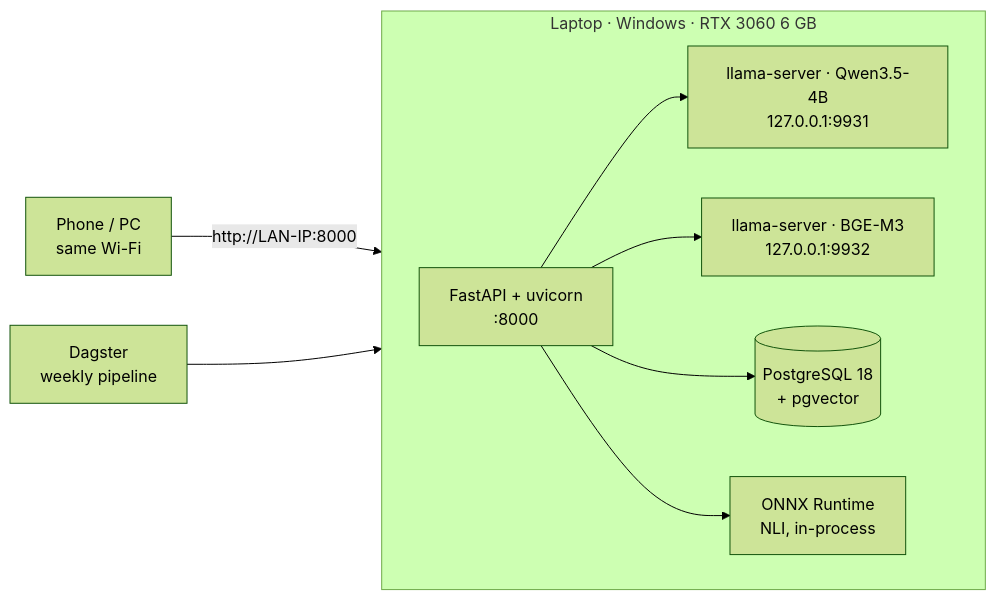
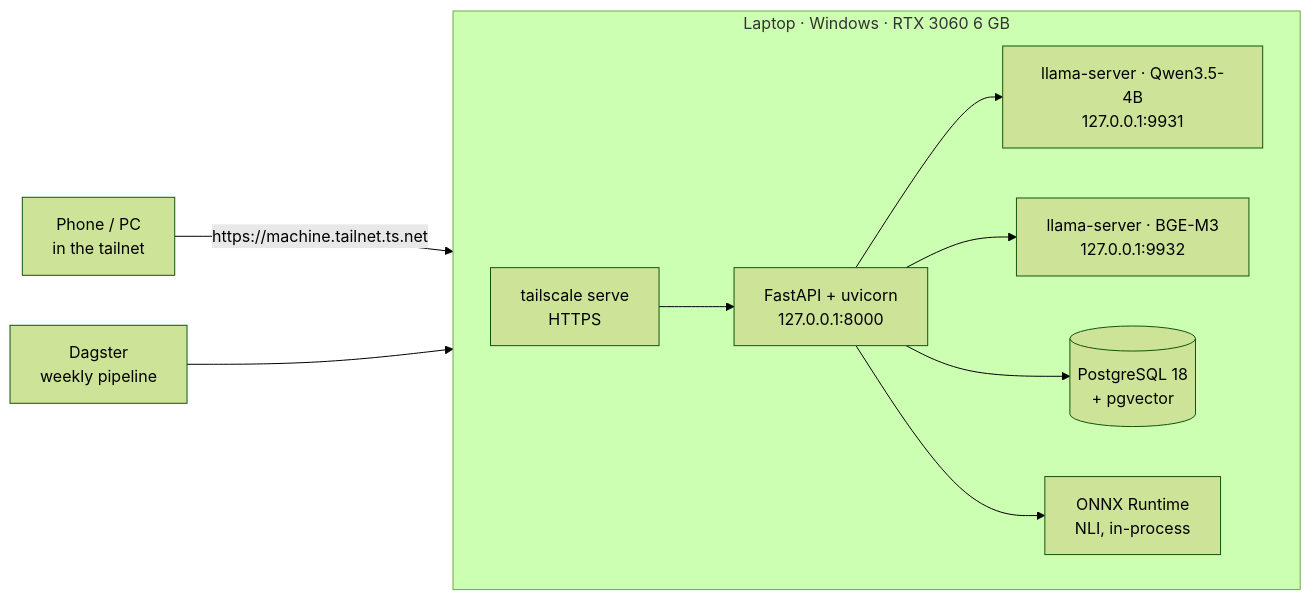
Before and after one commit to Shicukoe/TaxAssistant: the fifth of 5 diagrams in README.md, drawn with Mermaid (forest theme). The commit also changed other lines of this file and 49 other files, not shown here.

````diff
--- a/README.md
+++ b/README.md
@@ -221,17 +260,19 @@
 ```mermaid
 flowchart LR
     subgraph Laptop["Laptop · Windows · RTX 3060 6 GB"]
         direction LR
-        W["FastAPI + uvicorn<br/>:8000"]
+        W["FastAPI + uvicorn<br/>127.0.0.1:8000"]
+        TS["tailscale serve<br/>HTTPS"]
+        TS --> W
         L1["llama-server · Qwen3.5-4B<br/>127.0.0.1:9931"]
         L2["llama-server · BGE-M3<br/>127.0.0.1:9932"]
         PG[("PostgreSQL 18<br/>+ pgvector")]
         ONNX["ONNX Runtime<br/>NLI, in-process"]
         W --> L1
         W --> L2
         W --> PG
         W --> ONNX
     end
-    Phone["Phone / PC<br/>same Wi-Fi"] -->|"http://LAN-IP:8000"| W
+    Phone["Phone / PC<br/>in the tailnet"] -->|"https://machine.tailnet.ts.net"| TS
     Dag["Dagster<br/>weekly pipeline"] --> PG
 ```
````
